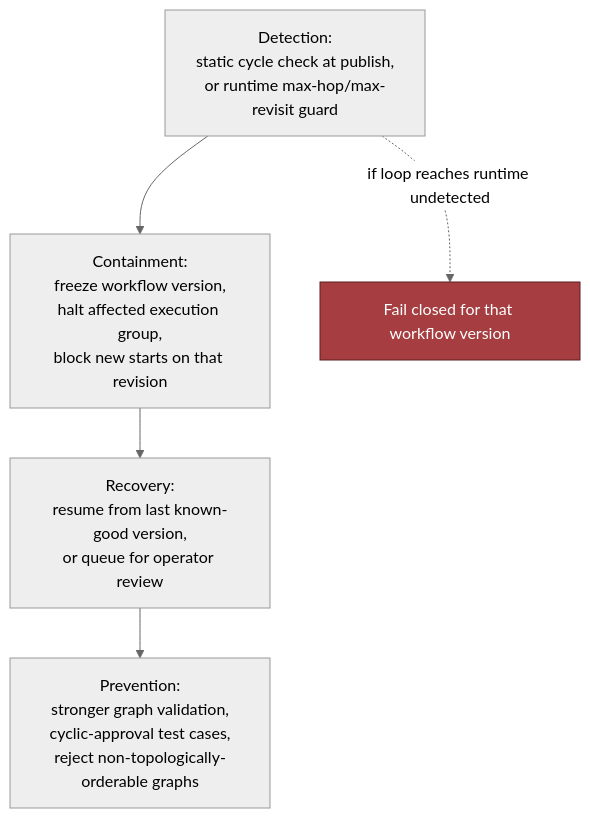
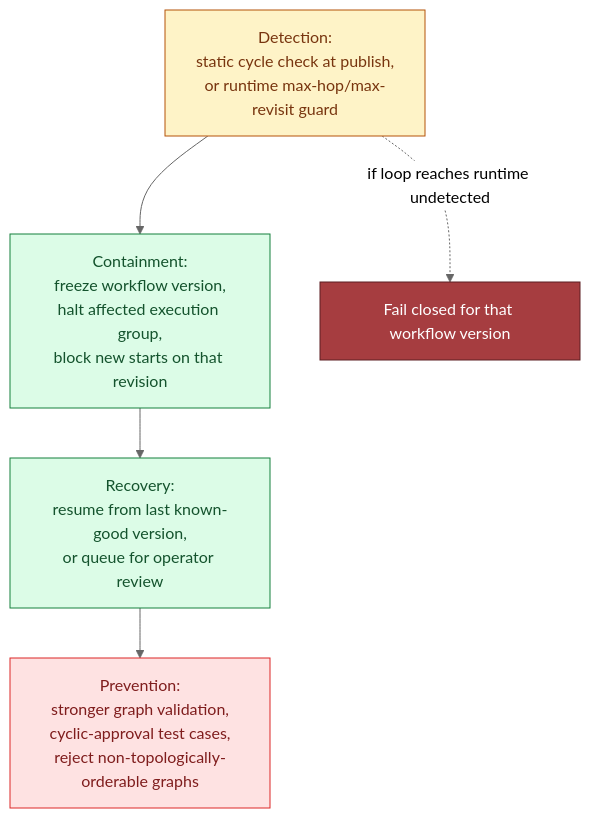
Before and after one commit to Sourav692/Forward-Deployed-Engineer-Interview-Prep: the diagram in site/content/modules/15-fde-case-studies/standalone-designs/configurable-platform-customer-workflows/tutorial-v2-part-4.md, drawn with Mermaid (neutral theme). The commit also changed 1268 other files, not shown here.

First line of the commit message:
content: polish Casebook writing and Mermaid diagrams (#251)

````diff
--- a/site/content/modules/15-fde-case-studies/standalone-designs/configurable-platform-customer-workflows/tutorial-v2-part-4.md
+++ b/site/content/modules/15-fde-case-studies/standalone-designs/configurable-platform-customer-workflows/tutorial-v2-part-4.md
@@ -50,9 +50,19 @@
 ```mermaid
 flowchart TD
   DETECT["Detection:<br/>static cycle check at publish,<br/>or runtime max-hop/max-revisit guard"]
   DETECT --> CONTAIN["Containment:<br/>freeze workflow version,<br/>halt affected execution group,<br/>block new starts on that revision"]
   CONTAIN --> RECOVER["Recovery:<br/>resume from last known-good version,<br/>or queue for operator review"]
   RECOVER --> PREVENT["Prevention:<br/>stronger graph validation,<br/>cyclic-approval test cases,<br/>reject non-topologically-orderable graphs"]
   DETECT -.->|"if loop reaches runtime undetected"| FAILCLOSED["Fail closed for that workflow version"]
   style FAILCLOSED fill:#a63d40,stroke:#5c1f22,color:#fff
+
+    %% Casebook colours: entry, reasoning, results, controls, and stopped paths.
+    classDef cbPolicy fill:#fef3c7,stroke:#b45309,color:#78350f
+    class DETECT cbPolicy
+    classDef cbAction fill:#dcfce7,stroke:#15803d,color:#14532d
+    class CONTAIN,RECOVER cbAction
+    classDef cbStop fill:#fee2e2,stroke:#dc2626,color:#7f1d1d
+    class PREVENT cbStop
+    classDef cbInput fill:#dbeafe,stroke:#2563eb,color:#172554
+    class FAILCLOSED cbInput
 ```
````
